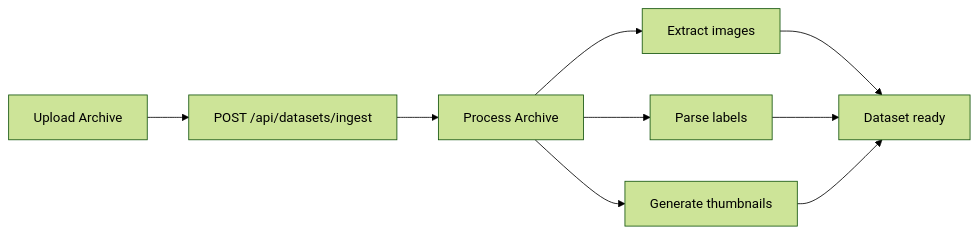
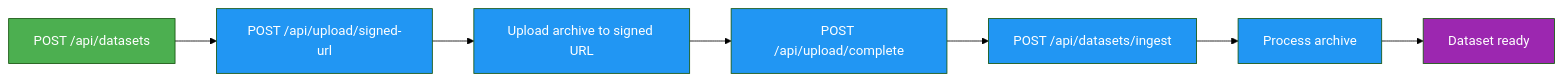
One commit to Dadalia1917/Yolo-RT-DETR-TrainCode changed the second of 4 diagrams in docs/en/platform/api/index.md. Above: the diagram before and after it, drawn with Mermaid (forest theme). The commit also changed other lines of this file and 767 other files, not shown here.

````diff
--- a/docs/en/platform/api/index.md
+++ b/docs/en/platform/api/index.md
@@ -518,9 +620,13 @@
 ```mermaid
 graph LR
-    A[Upload Archive] --> B[POST /api/datasets/ingest]
-    B --> C[Process Archive]
-    C --> D[Extract images]
-    C --> E[Parse labels]
-    C --> F[Generate thumbnails]
-    D & E & F --> G[Dataset ready]
+    A[POST /api/datasets]:::start --> B[POST /api/upload/signed-url]:::proc
+    B --> C[Upload archive to signed URL]:::proc
+    C --> D[POST /api/upload/complete]:::proc
+    D --> E[POST /api/datasets/ingest]:::proc
+    E --> F[Process archive]:::proc
+    F --> G[Dataset ready]:::out
+
+    classDef start fill:#4CAF50,color:#fff
+    classDef proc fill:#2196F3,color:#fff
+    classDef out fill:#9C27B0,color:#fff
 ```
````
